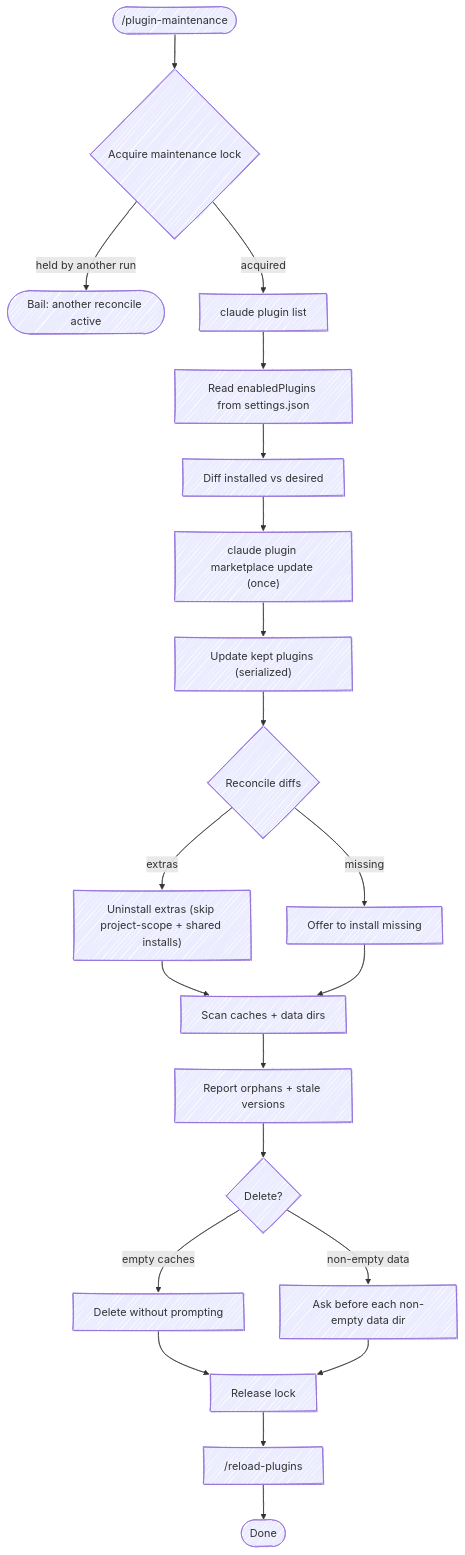
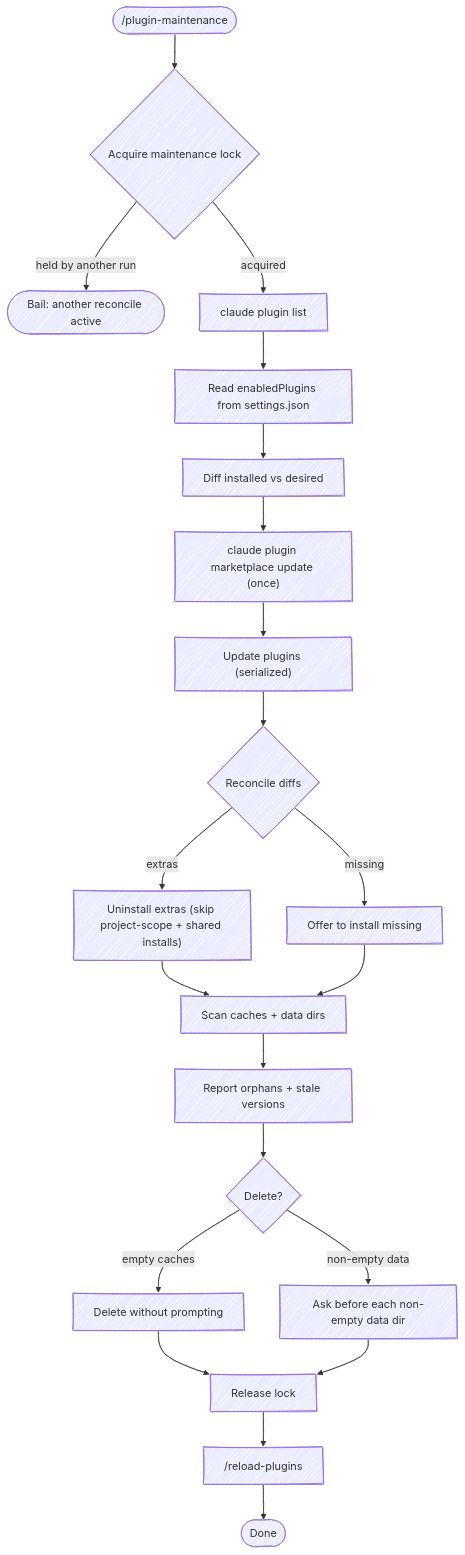
One commit to chris-peterson/shipshape changed the diagram in skills/plugin-maintenance/SKILL.md. Above: the diagram before and after it, drawn with Mermaid. The commit also changed other lines of this file, not shown here.

````diff
--- a/skills/plugin-maintenance/SKILL.md
+++ b/skills/plugin-maintenance/SKILL.md
@@ -34,24 +34,24 @@
 ```mermaid
 %%{ init: { 'look': 'handDrawn' } }%%
 flowchart TD
     Start(["/plugin-maintenance"]) --> Lock{Acquire maintenance lock}
     Lock -->|held by another run| Bail([Bail: another reconcile active])
     Lock -->|acquired| List["claude plugin list"]
     List --> Read["Read enabledPlugins from settings.json"]
     Read --> Diff["Diff installed vs desired"]
     Diff --> Refresh["claude plugin marketplace update (once)"]
-    Refresh --> Update["Update kept plugins (serialized)"]
+    Refresh --> Update["Update plugins (serialized)"]
     Update --> Reconcile{Reconcile diffs}
     Reconcile -->|extras| Uninstall["Uninstall extras (skip project-scope + shared installs)"]
     Reconcile -->|missing| Install["Offer to install missing"]
     Uninstall --> Scan
     Install --> Scan
     Scan["Scan caches + data dirs"] --> Report["Report orphans + stale versions"]
     Report --> Confirm{Delete?}
     Confirm -->|empty caches| Auto["Delete without prompting"]
     Confirm -->|non-empty data| Ask["Ask before each non-empty data dir"]
     Auto --> Unlock["Release lock"]
     Ask --> Unlock
     Unlock --> Reload["/reload-plugins"]
     Reload --> Done([Done])
 ```
````
